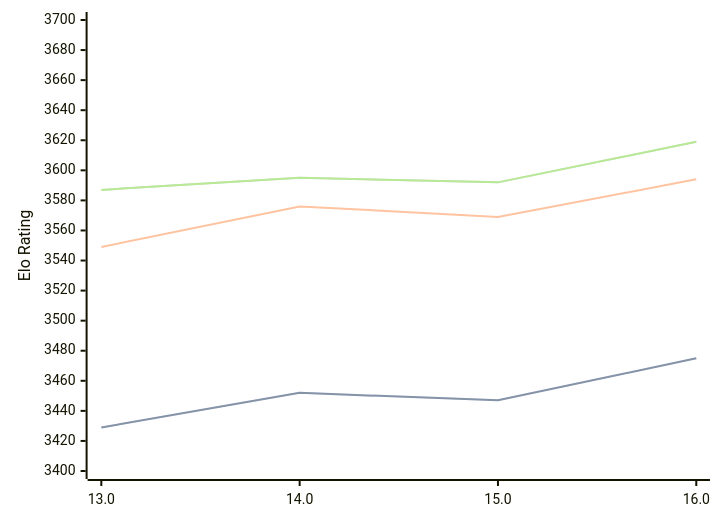
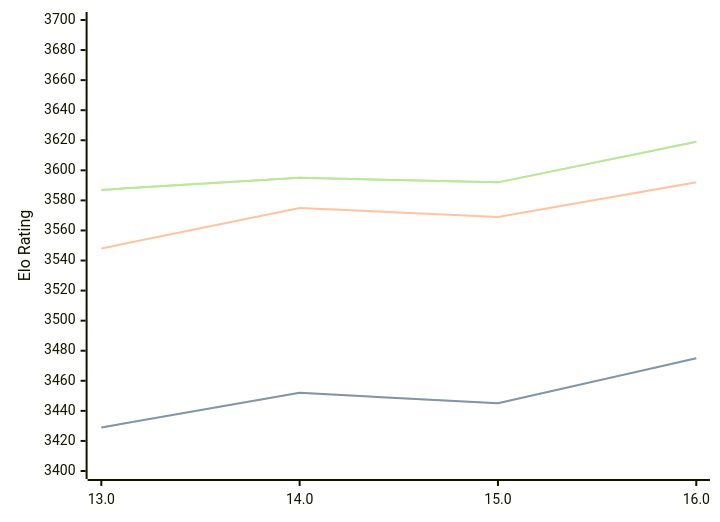
The diagram in engines/Obsidian.md (computer-chess-index/cci), drawn with Mermaid before and after one commit. The commit also changed other lines of this file, not shown here.

````diff
--- a/engines/Obsidian.md
+++ b/engines/Obsidian.md
@@ -43,11 +43,11 @@
 ```mermaid
 %%{init: {"theme":"base","themeVariables":{"seriesColors:['#a3a3a3','#222221','#faa371']}}}%%
 xychart-beta
   x-axis ["13.0", "14.0", "15.0", "16.0"]
   y-axis "Elo Rating" 3400 --> 3700
-  line "STC (8.0+0.08s)" [3429, 3452, 3447, 3475]
-  line "STC (8.0+0.08s)" [3429, 3452, 3447, 3475]
-  line "LTC (60.0+0.60s)" [3549, 3576, 3569, 3594]
+  line "STC (8.0+0.08s)" [3429, 3452, 3445, 3475]
+  line "STC (8.0+0.08s)" [3429, 3452, 3445, 3475]
+  line "LTC (60.0+0.60s)" [3548, 3575, 3569, 3592]
   line "VLTC (2m24s+1.12s)" [3587, 3595, 3592, 3619]
   line "VLTC (2m24s+1.12s)" [3587, 3595, 3592, 3619]
 ```
````
